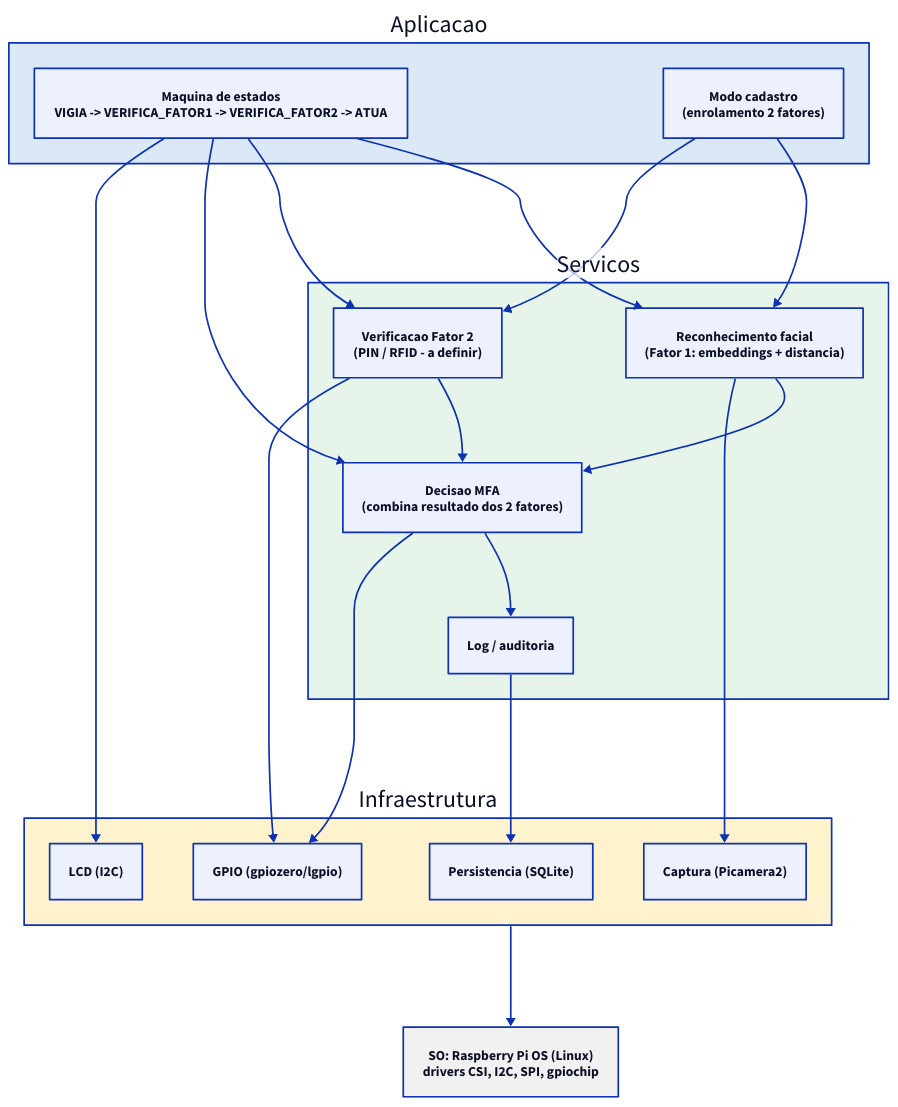
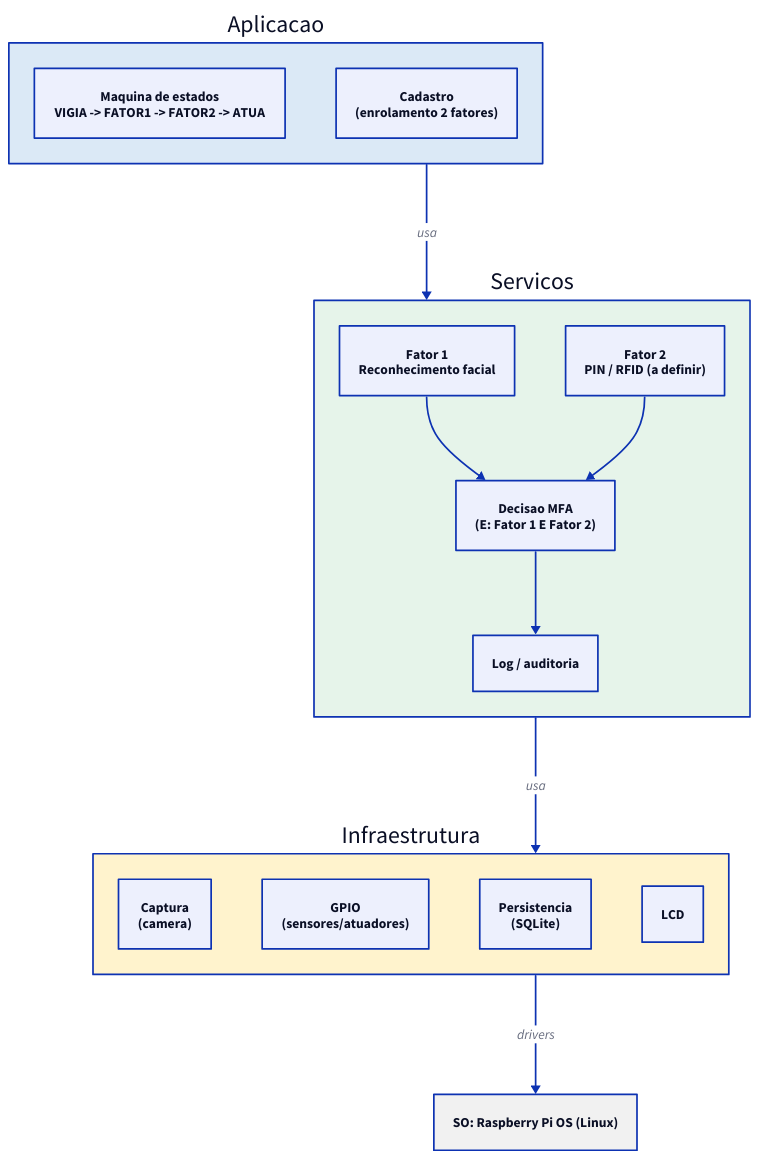
Before and after one commit to LucaBompiani/pcs3732-sentinel: the diagram in docs/diagramas/arquitetura_software.d2, drawn with D2. The commit also changed 7 other files, not shown here.

```diff
--- a/docs/diagramas/arquitetura_software.d2
+++ b/docs/diagramas/arquitetura_software.d2
@@ -1,59 +1,40 @@
 # Arquitetura de software (camadas) — proposta preliminar (Semana 1)
-# Nomes de modulos ainda nao implementados: refletem src/sentinel/{app,services,infra}
+# Reflete src/sentinel/{app,services,infra}. Simplificado: setas so entre
+# camadas adjacentes, exceto o miolo da decisao MFA (destaque proposital).
+
+direction: down
 
 aplicacao: "Aplicacao" {
   style.fill: "#dbe9f6"
-  maquina_estados: "Maquina de estados\nVIGIA -> VERIFICA_FATOR1 -> VERIFICA_FATOR2 -> ATUA" {
-    shape: rectangle
-  }
-  cadastro: "Modo cadastro\n(enrolamento 2 fatores)" {
-    shape: rectangle
-  }
+  maquina_estados: "Maquina de estados\nVIGIA -> FATOR1 -> FATOR2 -> ATUA" { shape: rectangle }
+  cadastro: "Cadastro\n(enrolamento 2 fatores)" { shape: rectangle }
 }
 
 servicos: "Servicos" {
   style.fill: "#e6f4ea"
-  reconhecimento_facial: "Reconhecimento facial\n(Fator 1: embeddings + distancia)" {
-    shape: rectangle
-  }
-  verificacao_fator2: "Verificacao Fator 2\n(PIN / RFID - a definir)" {
-    shape: rectangle
-  }
-  decisao_mfa: "Decisao MFA\n(combina resultado dos 2 fatores)" {
-    shape: rectangle
-  }
-  auditoria: "Log / auditoria" {
-    shape: rectangle
-  }
+  reconhecimento_facial: "Fator 1\nReconhecimento facial" { shape: rectangle }
+  verificacao_fator2: "Fator 2\nPIN / RFID (a definir)" { shape: rectangle }
+  decisao_mfa: "Decisao MFA\n(E: Fator 1 E Fator 2)" { shape: rectangle; style.stroke-width: 2 }
+  auditoria: "Log / auditoria" { shape: rectangle }
+
+  reconhecimento_facial -> decisao_mfa
+  verificacao_fator2 -> decisao_mfa
+  decisao_mfa -> auditoria
 }
 
 infraestrutura: "Infraestrutura" {
   style.fill: "#fff3cd"
-  captura: "Captura (Picamera2)" { shape: rectangle }
-  gpio: "GPIO (gpiozero/lgpio)" { shape: rectangle }
-  persistencia: "Persistencia (SQLite)" { shape: rectangle }
-  lcd_drv: "LCD (I2C)" { shape: rectangle }
+  captura: "Captura\n(camera)" { shape: rectangle }
+  gpio: "GPIO\n(sensores/atuadores)" { shape: rectangle }
+  persistencia: "Persistencia\n(SQLite)" { shape: rectangle }
+  lcd_drv: "LCD" { shape: rectangle }
 }
 
-so: "SO: Raspberry Pi OS (Linux)\ndrivers CSI, I2C, SPI, gpiochip" {
+so: "SO: Raspberry Pi OS (Linux)" {
   shape: rectangle
   style.fill: "#f1f1f1"
 }
 
-aplicacao.maquina_estados -> servicos.reconhecimento_facial
-aplicacao.maquina_estados -> servicos.verificacao_fator2
-aplicacao.maquina_estados -> servicos.decisao_mfa
-aplicacao.cadastro -> servicos.reconhecimento_facial
-aplicacao.cadastro -> servicos.verificacao_fator2
-
-servicos.reconhecimento_facial -> servicos.decisao_mfa
-servicos.verificacao_fator2 -> servicos.decisao_mfa
-servicos.decisao_mfa -> servicos.auditoria
-
-servicos.reconhecimento_facial -> infraestrutura.captura
-servicos.verificacao_fator2 -> infraestrutura.gpio
-servicos.decisao_mfa -> infraestrutura.gpio
-servicos.auditoria -> infraestrutura.persistencia
-aplicacao.maquina_estados -> infraestrutura.lcd_drv
-
-infraestrutura -> so
+aplicacao -> servicos: "usa"
+servicos -> infraestrutura: "usa"
+infraestrutura -> so: "drivers"
```
